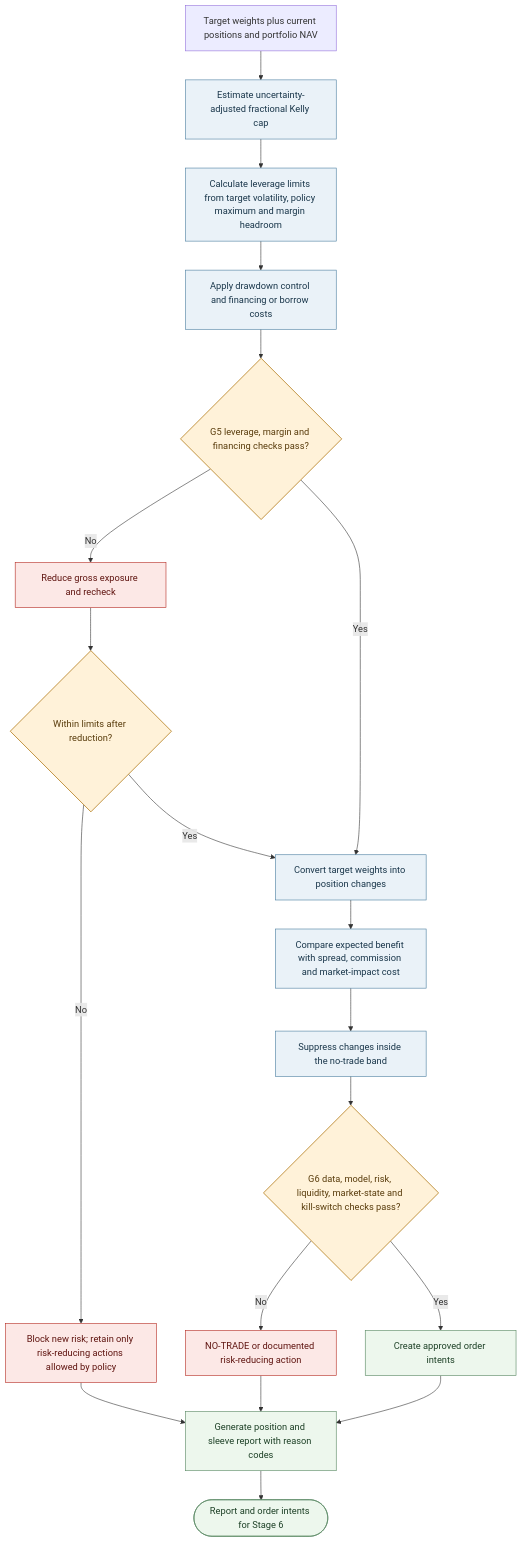
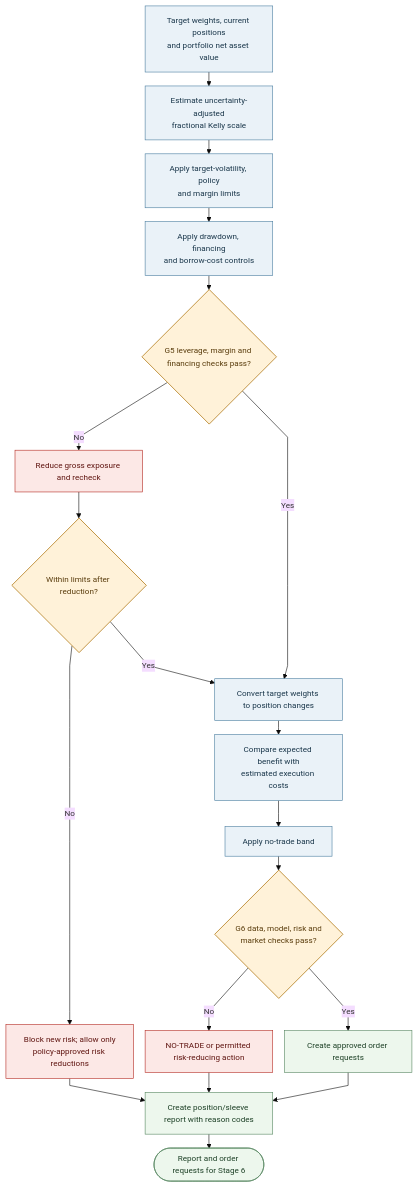
Diagram 12 of 15 in AQP OVERVIEW.md (dannysilverio6-creator/AQP---LSEG), drawn with Mermaid before and after one commit. The commit also changed other lines of this file, not shown here.

````diff
--- a/AQP OVERVIEW.md
+++ b/AQP OVERVIEW.md
@@ -704,31 +739,30 @@
 ```mermaid
+%%{init: {"theme": "base", "flowchart": {"nodeSpacing": 20, "rankSpacing": 24, "wrappingWidth": 160, "diagramPadding": 24, "curve": "linear"}, "themeVariables": {"fontSize": "14px"}}}%%
 flowchart TB
-    A[Target weights plus current positions and portfolio NAV] --> B[Estimate uncertainty-adjusted fractional Kelly cap]
-    B --> C[Calculate leverage limits from target volatility, policy maximum and margin headroom]
-    C --> D[Apply drawdown control and financing or borrow costs]
+    A["Target weights, current positions<br/>and portfolio net asset value"] --> B["Estimate uncertainty-adjusted<br/>fractional Kelly scale"]
+    B --> C["Apply target-volatility, policy<br/>and margin limits"]
+    C --> D["Apply drawdown, financing<br/>and borrow-cost controls"]
     D --> E{G5 leverage, margin and financing checks pass?}
     E -->|No| F[Reduce gross exposure and recheck]
     F --> G{Within limits after reduction?}
-    G -->|No| X[Block new risk; retain only risk-reducing actions allowed by policy]
-    G -->|Yes| H[Convert target weights into position changes]
+    G -->|No| X["Block new risk; allow only<br/>policy-approved risk reductions"]
+    G -->|Yes| H[Convert target weights to position changes]
     E -->|Yes| H
-    H --> I[Compare expected benefit with spread, commission and market-impact cost]
-    I --> J[Suppress changes inside the no-trade band]
-    J --> K{G6 data, model, risk, liquidity, market-state and kill-switch checks pass?}
-    K -->|No| Y[NO-TRADE or documented risk-reducing action]
-    K -->|Yes| L[Create approved order intents]
-    X --> M[Generate position and sleeve report with reason codes]
+    H --> I["Compare expected benefit with<br/>estimated execution costs"]
+    I --> J[Apply no-trade band]
+    J --> K{G6 data, model, risk and<br/>market checks pass?}
+    K -->|No| Y[NO-TRADE or permitted risk-reducing action]
+    K -->|Yes| L[Create approved order requests]
+    X --> M[Create position/sleeve report with reason codes]
     Y --> M
     L --> M
-    M --> N([Report and order intents for Stage 6])
-
+    M --> N([Report and order requests for Stage 6])
     classDef process fill:#eaf2f8,stroke:#477b9e,color:#19364a;
     classDef gate fill:#fff2d9,stroke:#b9862b,color:#593c0c,stroke-width:1.5px;
     classDef stop fill:#fce8e6,stroke:#b3261e,color:#5f1410;
     classDef output fill:#edf7ed,stroke:#54845e,color:#1d4026;
-    class A input;
-    class B,C,D,H,I,J process;
+    class A,B,C,D,H,I,J process;
     class E,G,K gate;
     class F,X,Y stop;
     class L,M,N output;
 ```
````
